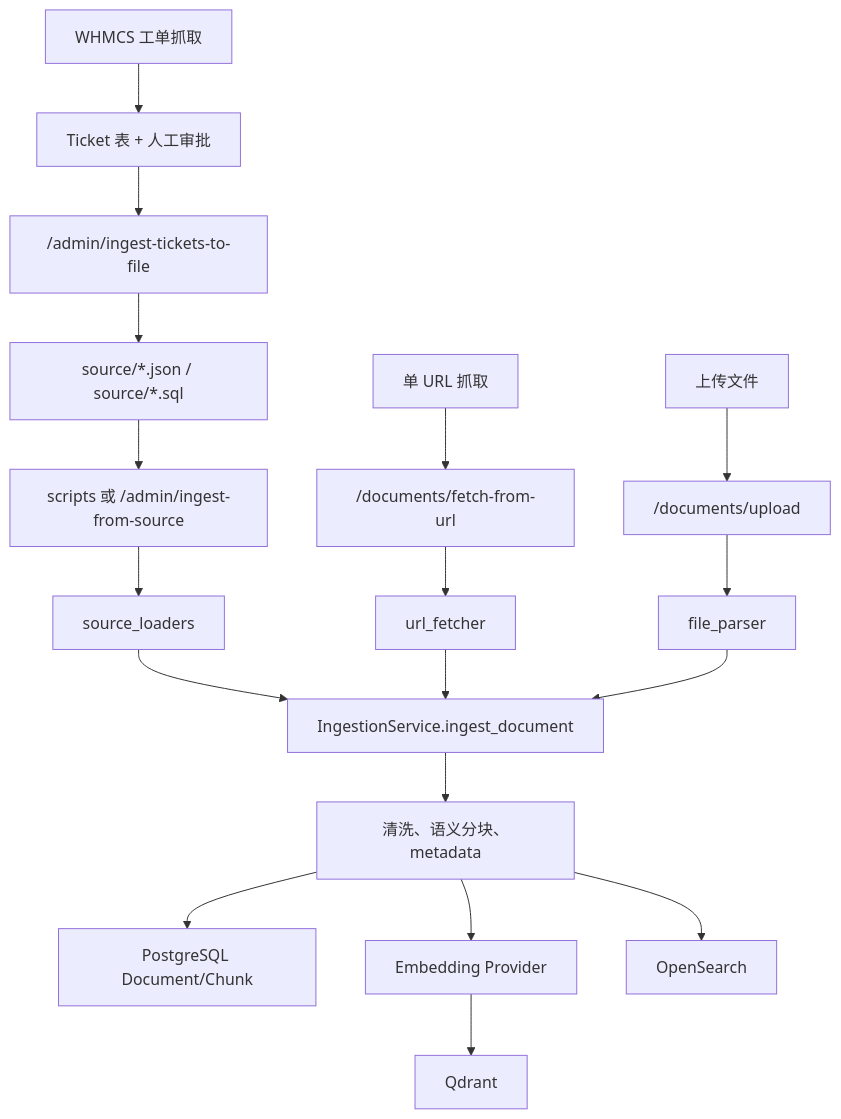
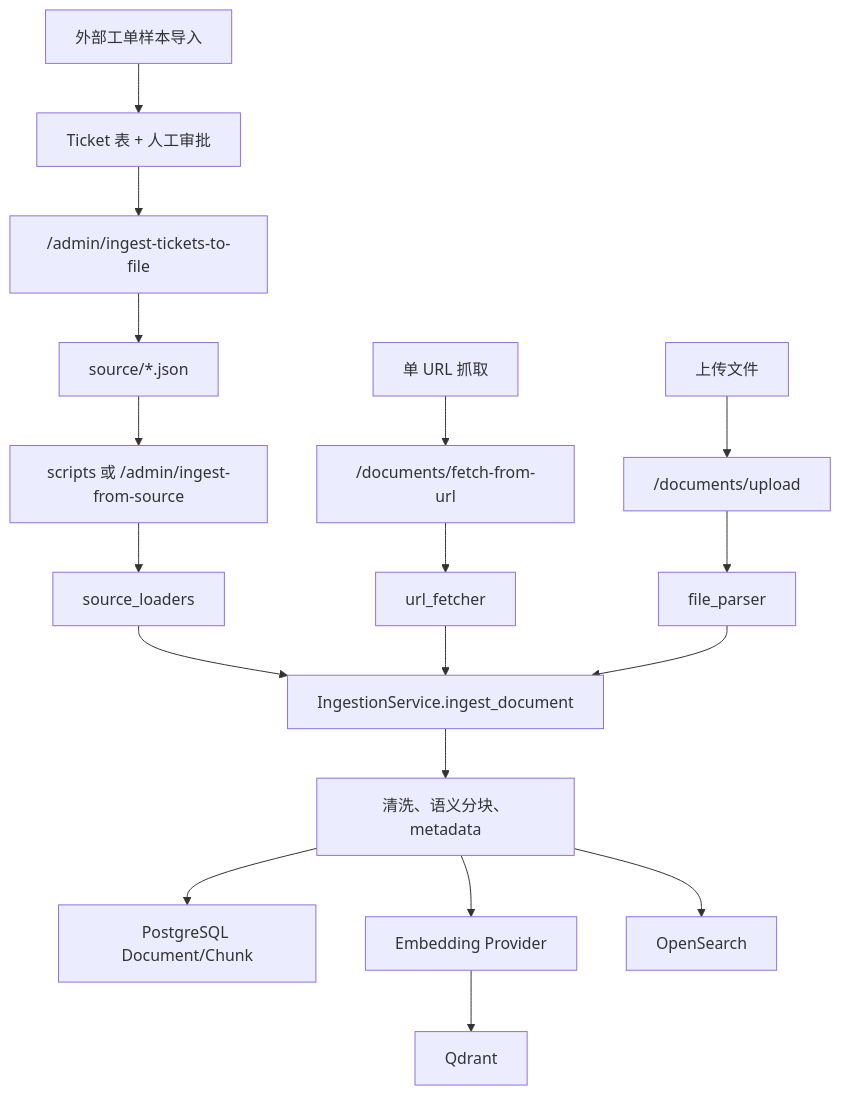
One commit to rwjxrj/RAG_Agent changed the third of 3 diagrams in README.md. Above: the diagram before and after it, drawn with Mermaid. The commit also changed other lines of this file and 17 other files, not shown here.

````diff
--- a/README.md
+++ b/README.md
@@ -119,20 +119,20 @@
 ```mermaid
 flowchart TD
-  A["source/*.json / source/*.sql"] --> B["scripts 或 /admin/ingest-from-source"]
+  A["source/*.json"] --> B["scripts 或 /admin/ingest-from-source"]
   C["单 URL 抓取"] --> D["/documents/fetch-from-url"]
   E["上传文件"] --> F["/documents/upload"]
-  G["WHMCS 工单抓取"] --> H["Ticket 表 + 人工审批"]
+  G["外部工单样本导入"] --> H["Ticket 表 + 人工审批"]
   H --> I["/admin/ingest-tickets-to-file"]
   I --> A
   B --> J["source_loaders"]
   D --> K["url_fetcher"]
   F --> L["file_parser"]
   J --> M["IngestionService.ingest_document"]
   K --> M
   L --> M
   M --> N["清洗、语义分块、metadata"]
   N --> O["PostgreSQL Document/Chunk"]
   N --> P["Embedding Provider"]
   P --> Q["Qdrant"]
   N --> R["OpenSearch"]
 ```
````
